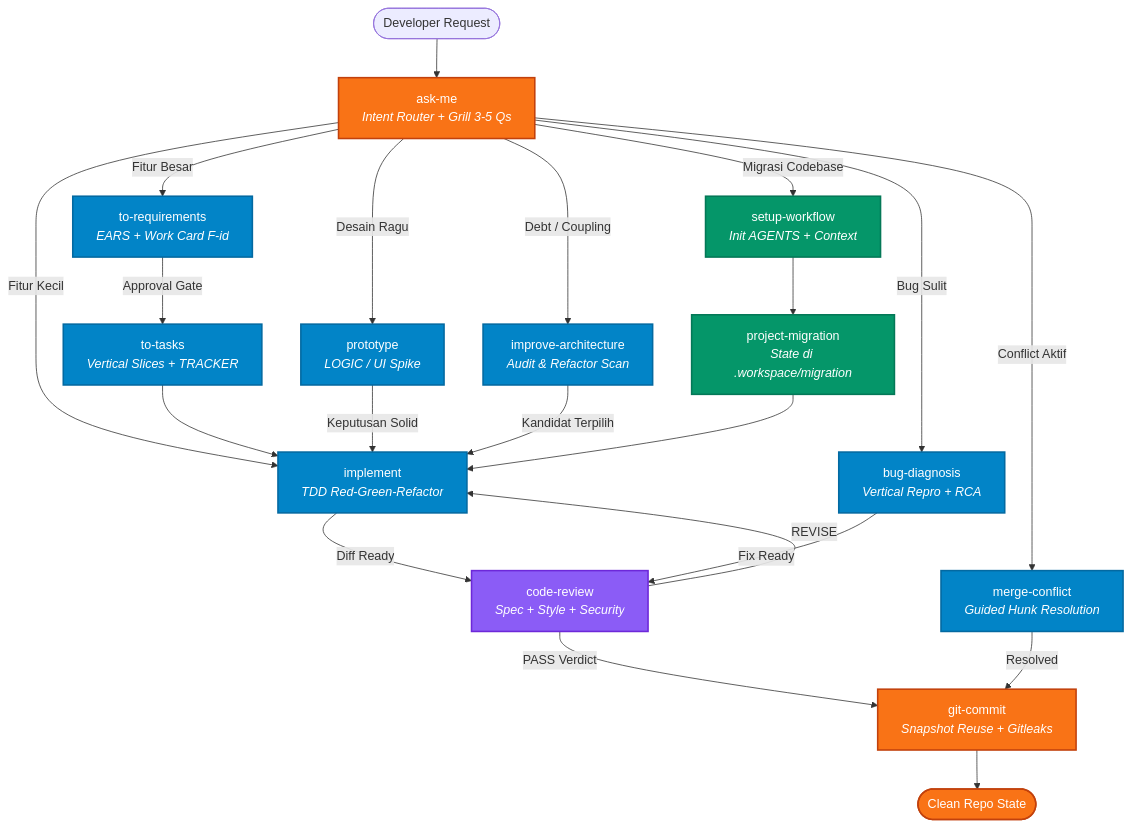
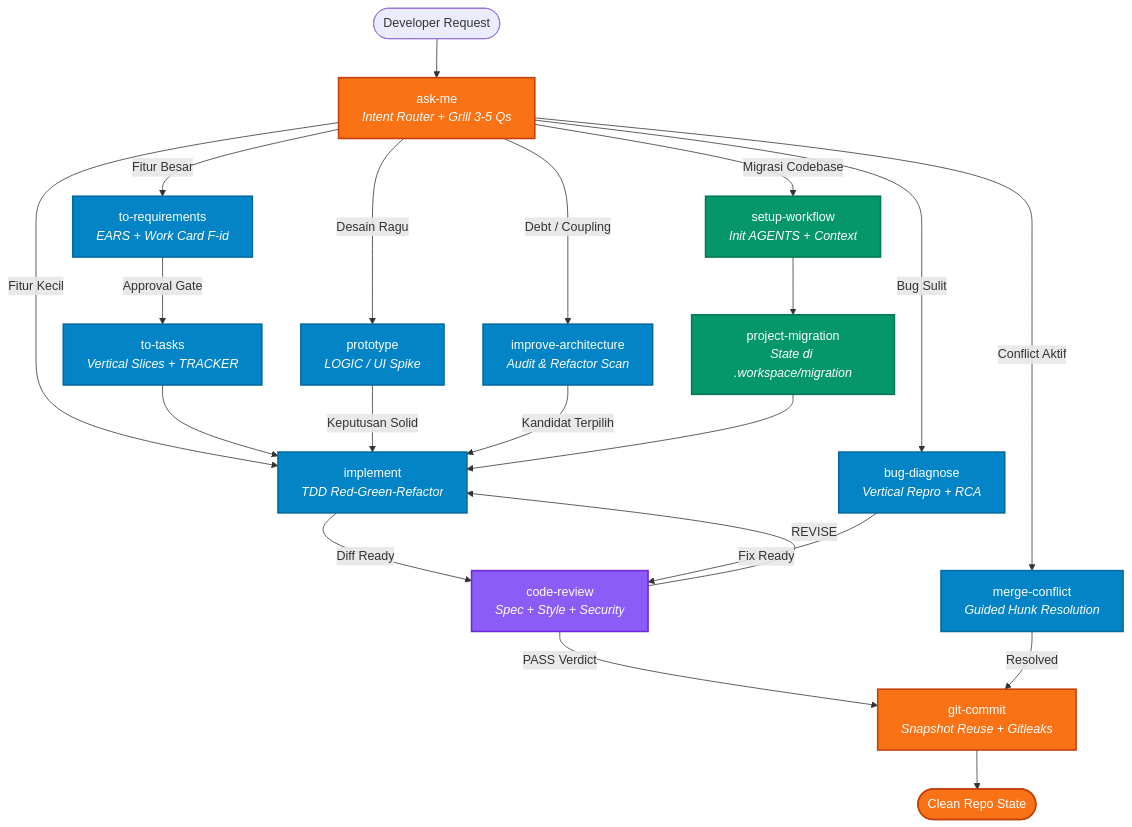
Before and after one commit to Divarizky/pi-setup: the diagram in README.md, drawn with Mermaid. The commit also changed other lines of this file and 9 other files, not shown here.

Commit message:
refactor(skills/dev): rename skill bug-diagnosis menjadi bug-diagnose

````diff
--- a/README.md
+++ b/README.md
@@ -48,36 +48,36 @@
 ```mermaid
 flowchart TD
     classDef gate fill:#f97316,stroke:#c2410c,stroke-width:2px,color:#fff;
     classDef review fill:#8b5cf6,stroke:#6d28d9,stroke-width:2px,color:#fff;
     classDef build fill:#0284c7,stroke:#0369a1,stroke-width:2px,color:#fff;
     classDef context fill:#059669,stroke:#047857,stroke-width:2px,color:#fff;
 
     USER([Developer Request]) --> ASK[ask-me<br/><i>Intent Router + Grill 3-5 Qs</i>]:::gate
 
     %% Cabang Alur
     ASK -->|Fitur Besar| REQ[to-requirements<br/><i>EARS + Work Card F-id</i>]:::build
     ASK -->|Fitur Kecil| IMP[implement<br/><i>TDD Red-Green-Refactor</i>]:::build
-    ASK -->|Bug Sulit| BUG[bug-diagnosis<br/><i>Vertical Repro + RCA</i>]:::build
+    ASK -->|Bug Sulit| BUG[bug-diagnose<br/><i>Vertical Repro + RCA</i>]:::build
     ASK -->|Desain Ragu| PROTO[prototype<br/><i>LOGIC / UI Spike</i>]:::build
     ASK -->|Debt / Coupling| ARCH[improve-architecture<br/><i>Audit & Refactor Scan</i>]:::build
     ASK -->|Conflict Aktif| CONF[merge-conflict<br/><i>Guided Hunk Resolution</i>]:::build
     ASK -->|Migrasi Codebase| SETUP[setup-workflow<br/><i>Init AGENTS + Context</i>]:::context
 
     %% Pipeline Spec & Plan
     REQ -->|Approval Gate| TASK[to-tasks<br/><i>Vertical Slices + TRACKER</i>]:::build
     TASK --> IMP
     PROTO -->|Keputusan Solid| IMP
     ARCH -->|Kandidat Terpilih| IMP
     SETUP --> MIG[project-migration<br/><i>State di .workspace/migration</i>]:::context
     MIG --> IMP
 
     %% Pipeline Verifikasi & Delivery
     IMP -->|Diff Ready| REV[code-review<br/><i>Spec + Style + Security</i>]:::review
     BUG -->|Fix Ready| REV
     
     REV -->|REVISE| IMP
     REV -->|PASS Verdict| COMMIT[git-commit<br/><i>Snapshot Reuse + Gitleaks</i>]:::gate
     CONF -->|Resolved| COMMIT
     
     COMMIT --> DONE([Clean Repo State]):::gate
 ```
````
